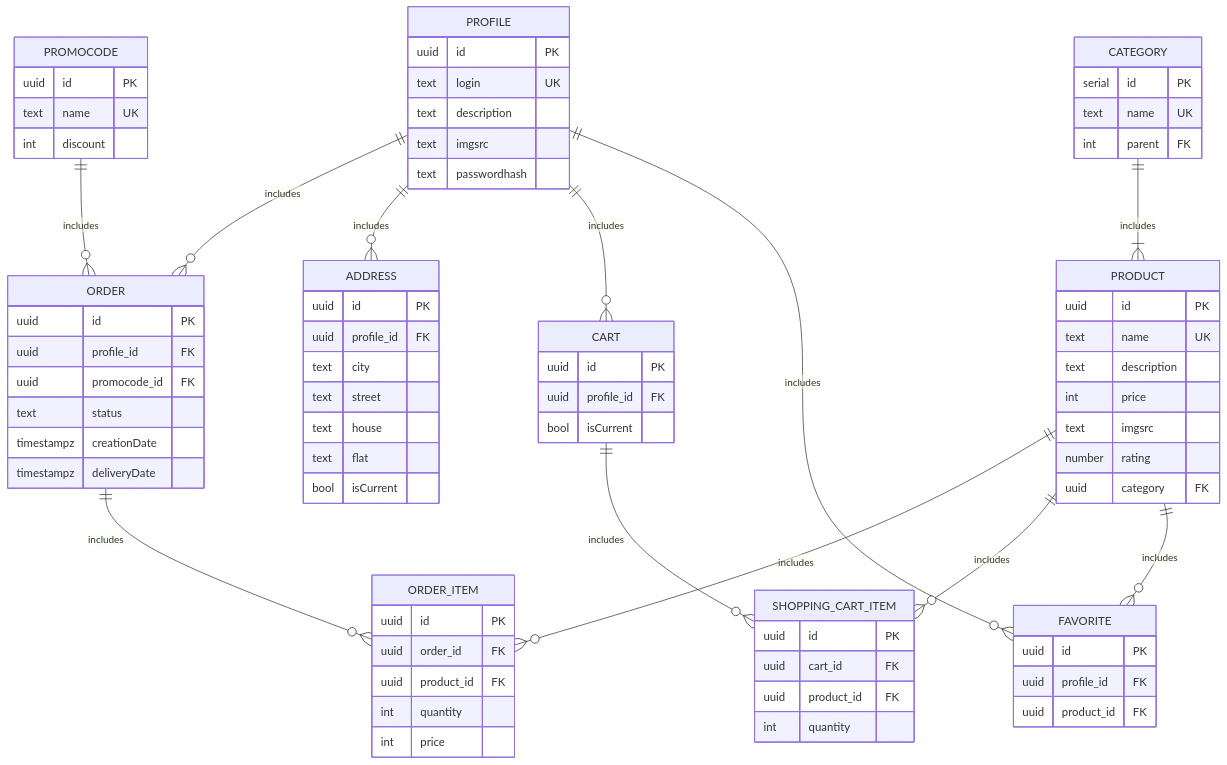
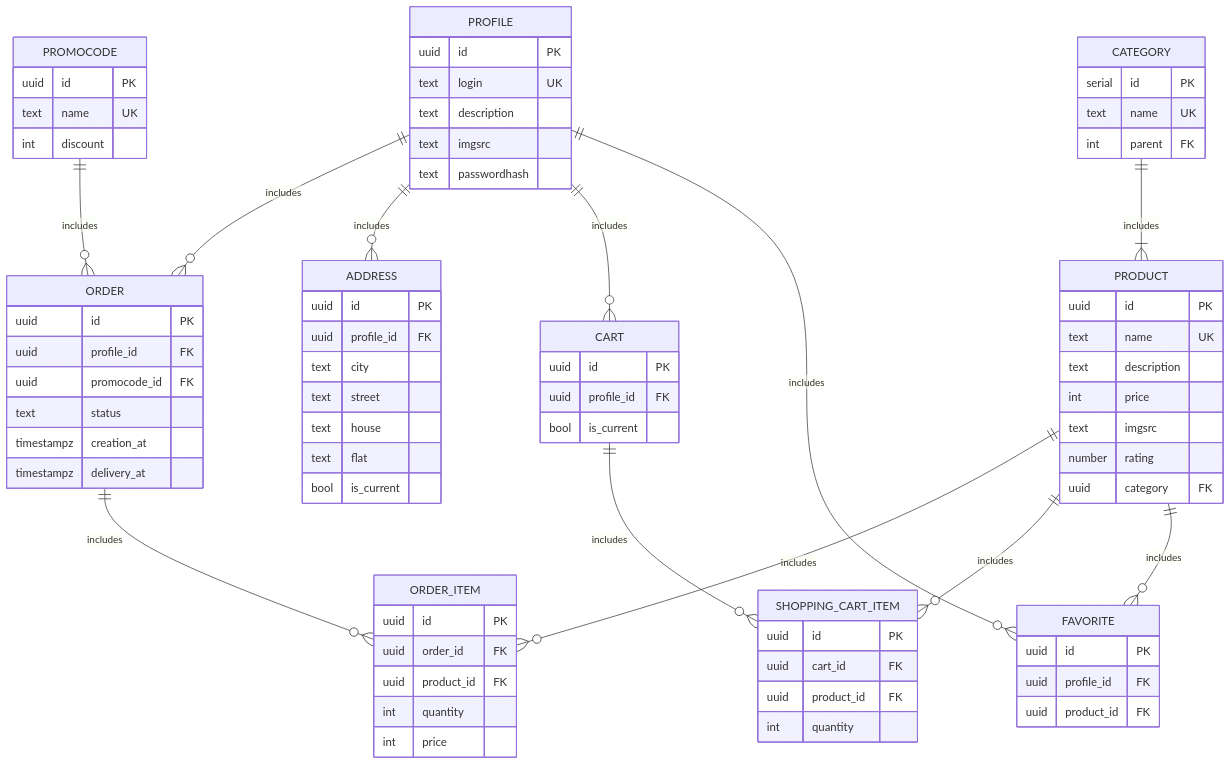
Before and after one commit to go-park-mail-ru/2023_2_potatiki: the diagram in db/normalized/relations.md, drawn with Mermaid. The commit also changed other lines of this file and 1 other file, not shown here.

Commit message:
Code style fixed

```diff
--- a/db/normalized/relations.md
+++ b/db/normalized/relations.md
@@ -127,8 +127,8 @@
     uuid profile_id FK
     uuid promocode_id FK
     text status
-    timestampz creationDate
-    timestampz deliveryDate
+    timestampz creation_at
+    timestampz delivery_at
   }
 
   ORDER_ITEM {
@@ -146,7 +146,7 @@
     text street
     text house
     text flat
-    bool isCurrent
+    bool is_current
   }
 
   CATEGORY {
@@ -158,7 +158,7 @@
   CART {
     uuid id PK
     uuid profile_id FK
-    bool isCurrent
+    bool is_current
   }
   
   SHOPPING_CART_ITEM {
```
